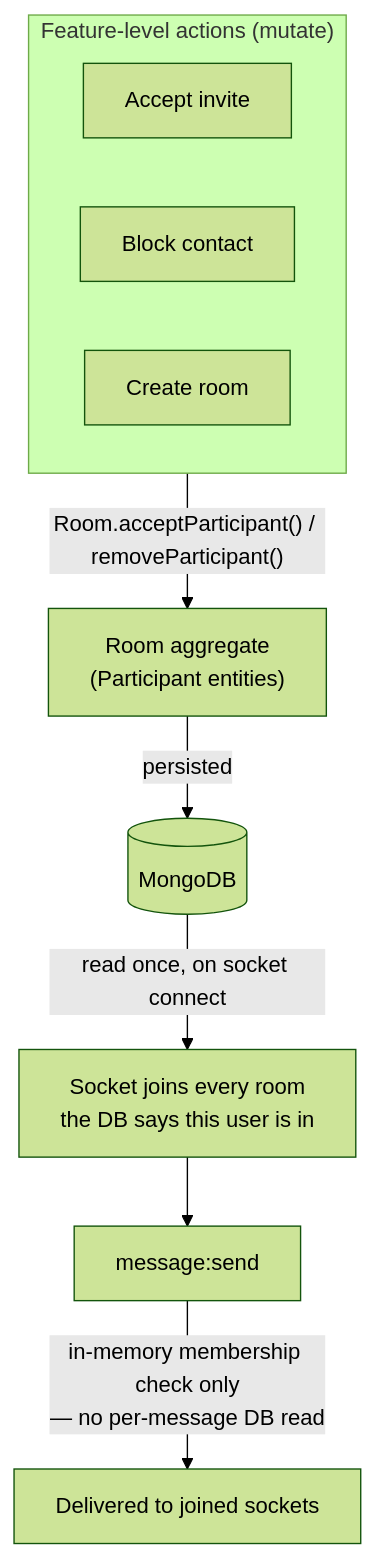
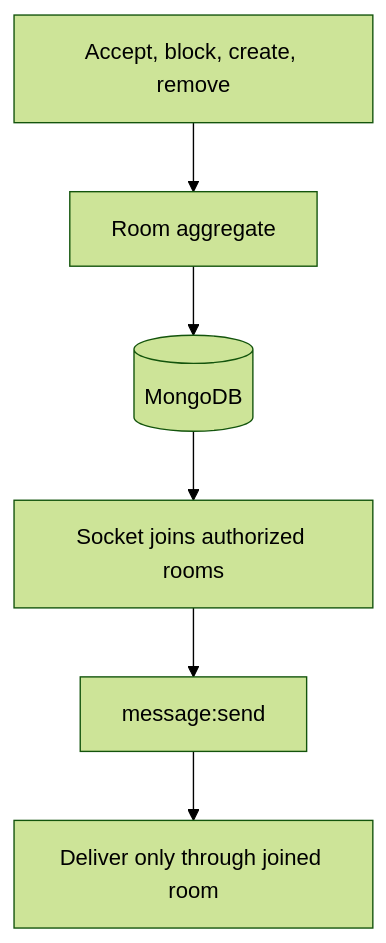
The fourth of 4 diagrams in README.md (curtisPene/Echo), drawn with Mermaid (forest theme) before and after one commit. The commit also changed other lines of this file, not shown here.

````diff
--- a/README.md
+++ b/README.md
@@ -301,15 +565,8 @@
 ```mermaid
 flowchart TD
-    subgraph Features["Feature-level actions (mutate)"]
-        F1["Accept invite"]
-        F2["Block contact"]
-        F3["Create room"]
-    end
-
-    Features -->|"Room.acceptParticipant() / removeParticipant()"| Aggregate["Room aggregate\n(Participant entities)"]
-    Aggregate -->|"persisted"| DB[(MongoDB)]
-
-    DB -->|"read once, on socket connect"| Join["Socket joins every room\nthe DB says this user is in"]
+    Action["Accept, block, create, remove"] --> Room["Room aggregate"]
+    Room --> DB[(MongoDB)]
+    DB --> Join["Socket joins authorized rooms"]
     Join --> Send["message:send"]
-    Send -->|"in-memory membership check only\n— no per-message DB read"| Deliver["Delivered to joined sockets"]
+    Send --> Deliver["Deliver only through joined room"]
 ```
````
